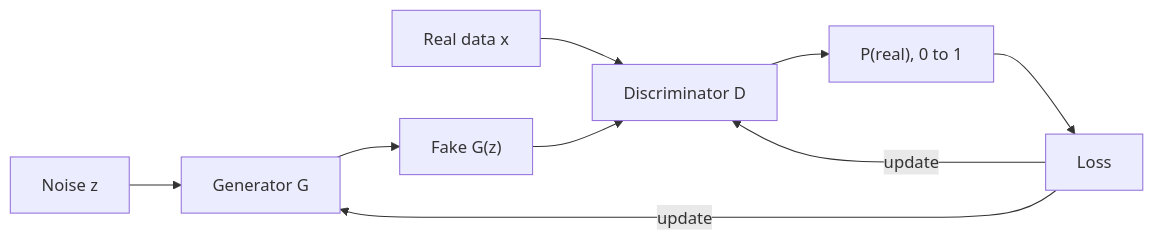
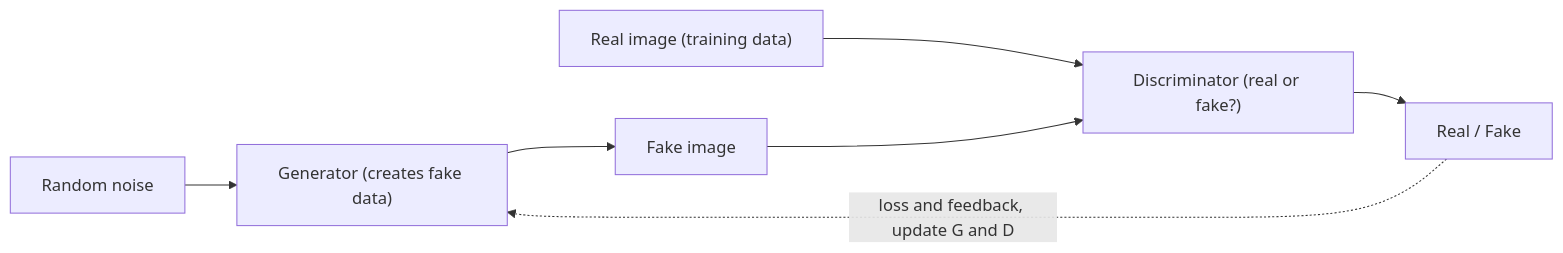
The diagram in content/deep-learning/pyq/2024-12/q6b.mdx (TrendySloth1001/sem-seven-notes), drawn with Mermaid before and after one commit. The commit also changed other lines of this file and 168 other files, not shown here.

Commit message:
Rewrite the Module 1, activation, loss and GAN notes and their 25 answers from the teachers' class files. They keep the teacher's definitions, use 80 of their figures with class-notes citations only, and fix the slide errors in the XOR, NAND, loss and KL formulas.

````diff
--- a/content/deep-learning/pyq/2024-12/q6b.mdx
+++ b/content/deep-learning/pyq/2024-12/q6b.mdx
@@ -21,12 +11,10 @@
 ```mermaid
-%% caption: GAN architecture. The generator never sees real data; it learns only through the discriminator's feedback.
+%% caption: GAN architecture. The discriminator sees both the fake image from the generator and the real image from the dataset.
 flowchart LR
-  Z["Noise z"] --> G["Generator G"]
-  G --> F["Fake G(z)"]
-  R["Real data x"] --> D["Discriminator D"]
+  N["Random noise"] --> G["Generator (creates fake data)"]
+  G --> F["Fake image"]
+  R["Real image (training data)"] --> D["Discriminator (real or fake?)"]
   F --> D
-  D --> P["P(real), 0 to 1"]
-  P --> L["Loss"]
-  L -- "update" --> D
-  L -- "update" --> G
+  D --> O["Real / Fake"]
+  O -. "loss and feedback, update G and D" .-> G
 ```
````
